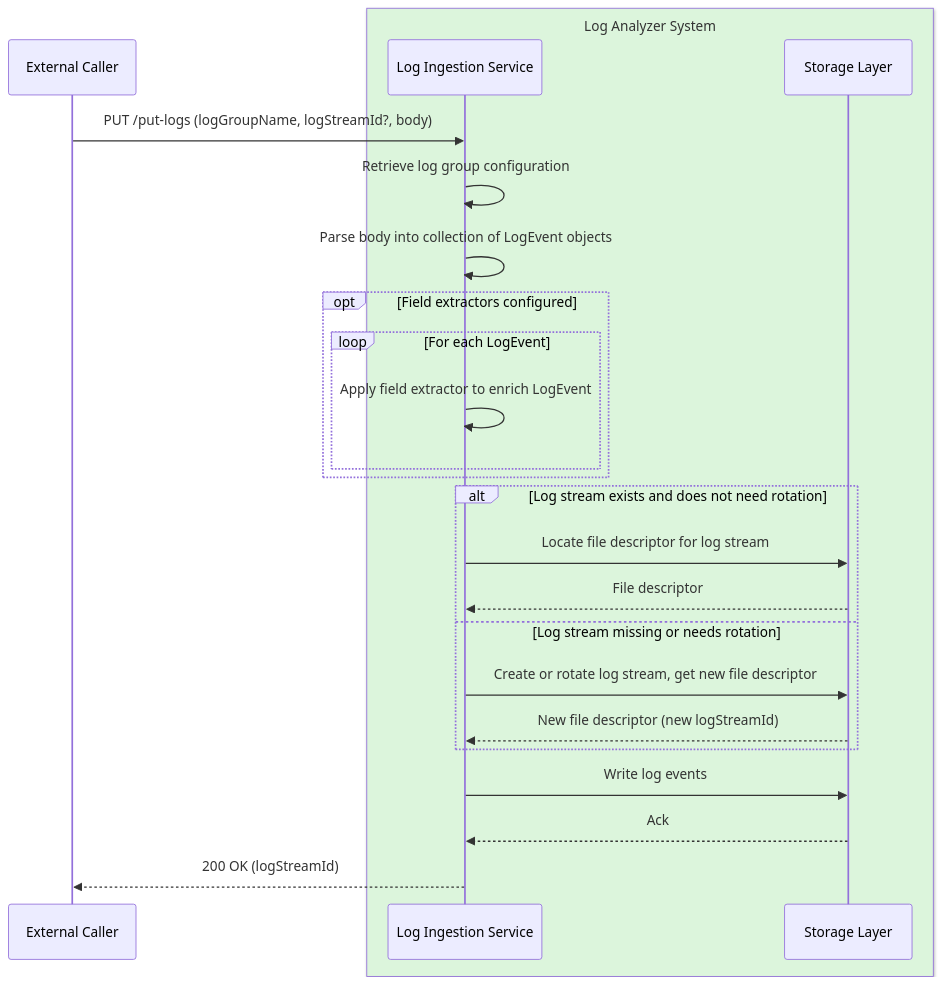
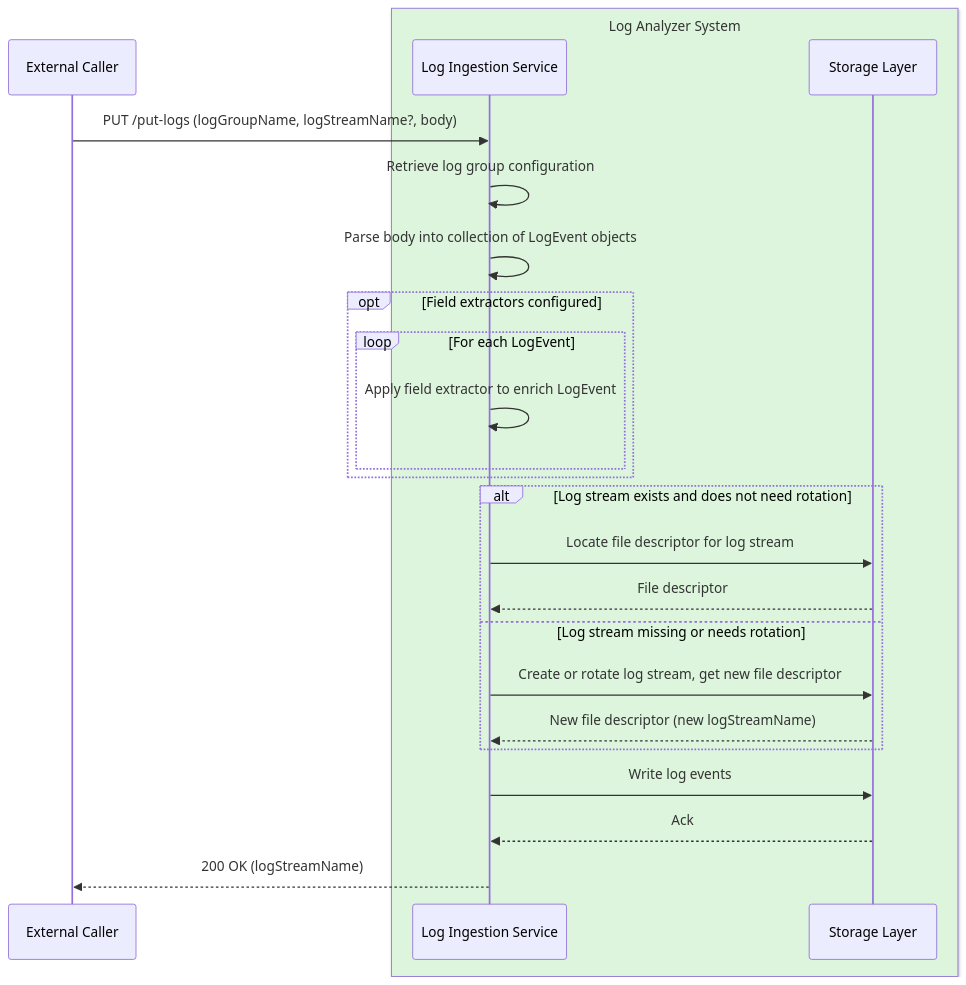
One commit to Dicee/simple-log-analyzer changed the diagram in doc/design/adr2-initial-ingestion-layer.md. Above: the diagram before and after it, drawn with Mermaid. The commit also changed other lines of this file and 2 other files, not shown here.

````diff
--- a/doc/design/adr2-initial-ingestion-layer.md
+++ b/doc/design/adr2-initial-ingestion-layer.md
@@ -39,27 +37,27 @@
 ```mermaid
 sequenceDiagram
     participant Caller as External Caller
     box rgb(220, 245, 220) Log Analyzer System
         participant API as Log Ingestion Service
         participant Storage as Storage Layer
     end
 
-    Caller->>API: PUT /put-logs (logGroupName, logStreamId?, body)
+    Caller->>API: PUT /put-logs (logGroupName, logStreamName?, body)
     API->>API: Retrieve log group configuration
     API->>API: Parse body into collection of LogEvent objects
     opt Field extractors configured
         loop For each LogEvent
             API->>API: Apply field extractor to enrich LogEvent
         end
     end
     alt Log stream exists and does not need rotation
         API->>Storage: Locate file descriptor for log stream
         Storage-->>API: File descriptor
     else Log stream missing or needs rotation
         API->>Storage: Create or rotate log stream, get new file descriptor
-        Storage-->>API: New file descriptor (new logStreamId)
+        Storage-->>API: New file descriptor (new logStreamName)
     end
     API->>Storage: Write log events
     Storage-->>API: Ack
-    API-->>Caller: 200 OK (logStreamId)
+    API-->>Caller: 200 OK (logStreamName)
 ```
````
